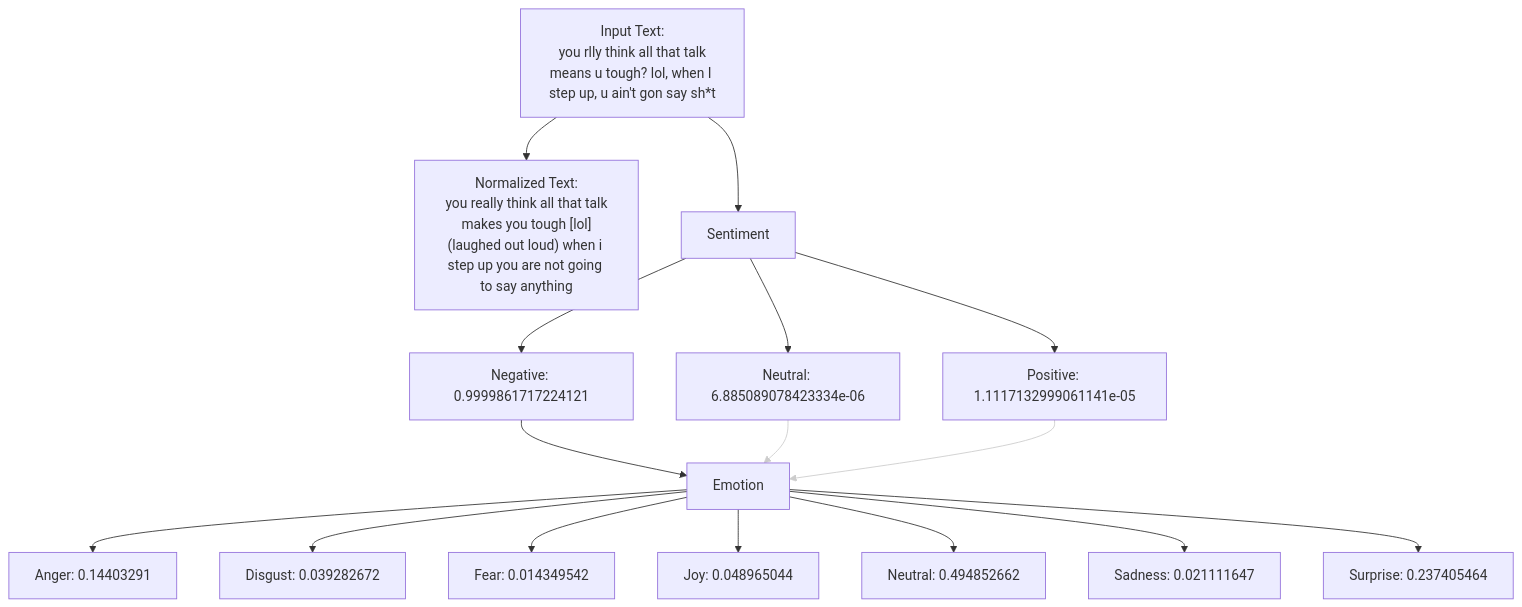
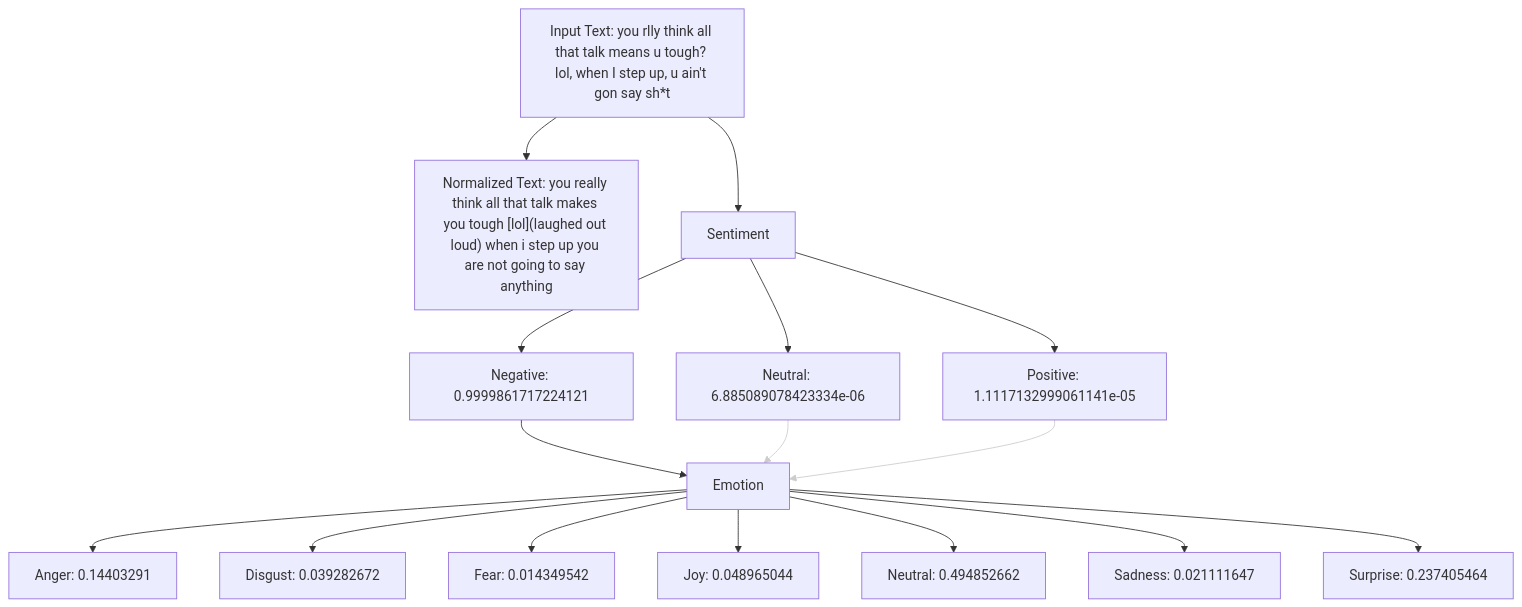
The second of 3 diagrams in README.md (ArchismanKarmakar/Tachygraphy-Microtext-Analysis-And-Normalization), drawn with Mermaid before and after one commit. The commit also changed other lines of this file, not shown here.

````diff
--- a/README.md
+++ b/README.md
@@ -117,43 +117,43 @@
 ```mermaid
 graph TD;
-    A["Input Text:\n you rlly think all that talk means u tough? lol, when I step up, u ain't gon say sh*t"]
-    B["Normalized Text:\n you really think all that talk makes you tough [lol](laughed out loud) when i step up you are not going to say anything"]
+    A["Input Text: you rlly think all that talk means u tough? lol, when I step up, u ain't gon say sh*t"]
+    B["Normalized Text: you really think all that talk makes you tough [lol](laughed out loud) when i step up you are not going to say anything"]
     C["Sentiment"]
 
     D["Negative: 0.9999861717224121"]
     E["Neutral: 6.885089078423334e-06"]
     F["Positive: 1.1117132999061141e-05"]
 
     G["Emotion"]
 
     H["Anger: 0.14403291"]
     I["Disgust: 0.039282672"]
     J["Fear: 0.014349542"]
     K["Joy: 0.048965044"]
     L["Neutral: 0.494852662"]
     M["Sadness: 0.021111647"]
     N["Surprise: 0.237405464"]
 
     A --> B
     A --> C
     C --> D
     C --> E
     C --> F
 
     D --> G
     E --> G
     F --> G
 
     G --> H
     G --> I
     G --> J
     G --> K
     G --> L
     G --> M
     G --> N
 
 %% Style the edges from "neutral" and "positive" to "Emotion" with a lighter stroke.
 linkStyle 6 stroke:#cccccc, stroke-width:1px;
 linkStyle 7 stroke:#cccccc, stroke-width:1px;
 
 ```
````
